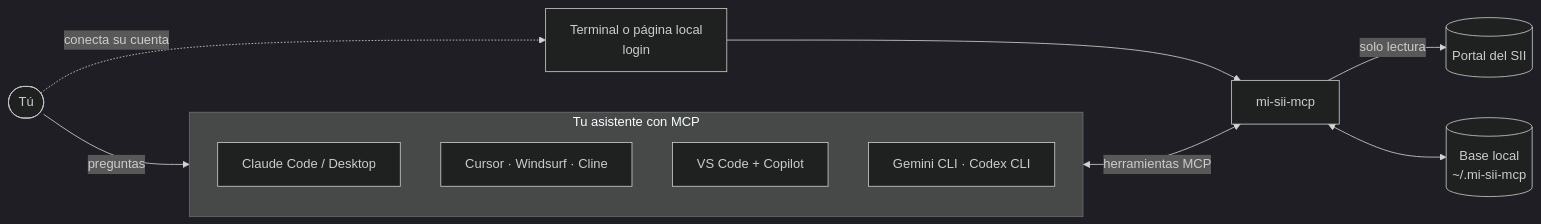
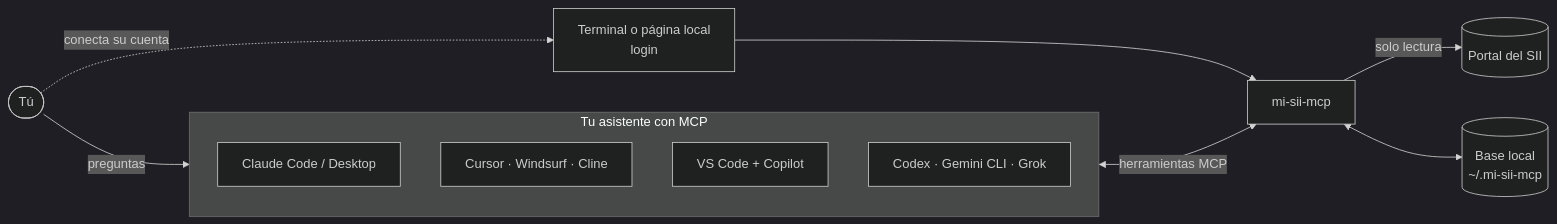
One commit to Taksuma-0/mi-sii-mcp changed the diagram in README.md. Above: the diagram before and after it, drawn with Mermaid (dark theme). The commit also changed other lines of this file and 10 other files, not shown here.

First line of the commit message:
feat: plugin compatible con Codex y Grok Build

````diff
--- a/README.md
+++ b/README.md
@@ -123,16 +124,16 @@
 ```mermaid
 flowchart LR
     P([Tú]) -- preguntas --> A
     subgraph A [Tu asistente con MCP]
         direction TB
         A1[Claude Code / Desktop]
         A2[Cursor · Windsurf · Cline]
         A3[VS Code + Copilot]
-        A4[Gemini CLI · Codex CLI]
+        A4[Codex · Gemini CLI · Grok]
     end
     A <-- herramientas MCP --> M[mi-sii-mcp]
     M -- solo lectura --> S[(Portal del SII)]
     M <--> D[(Base local<br/>~/.mi-sii-mcp)]
     P -. conecta su cuenta .-> W[Terminal o página local<br/>login]
     W --> M
 ```
````
